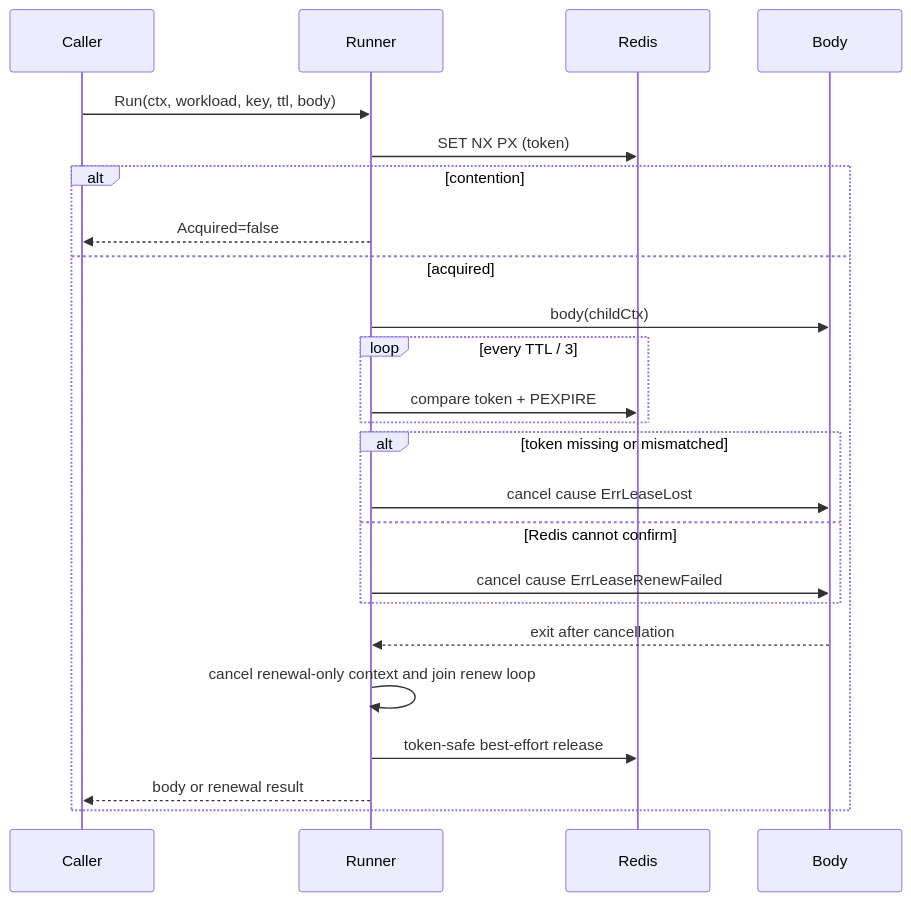
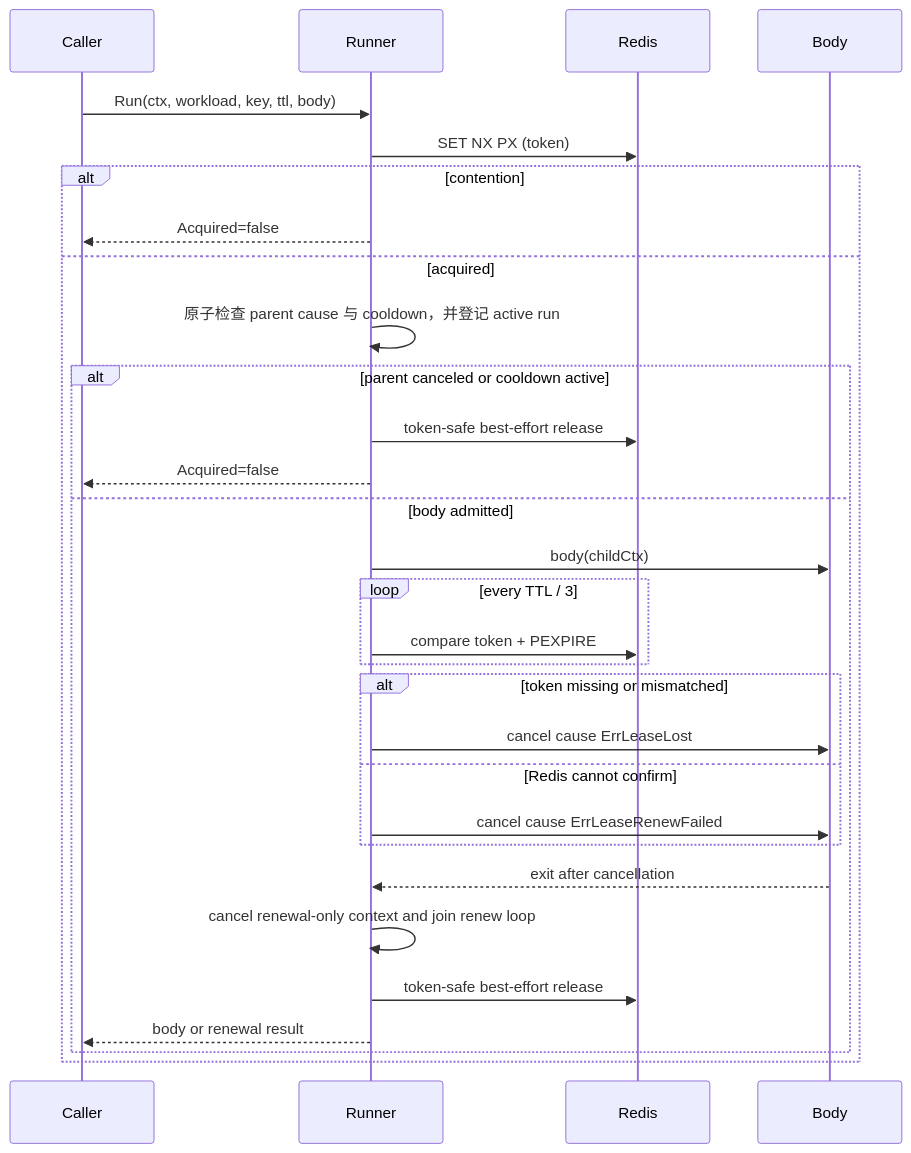
Before and after one commit to FangcunMount/qs-server: the diagram in docs/03-基础设施/concurrency/11-LockLease租约锁与续租治理.md, drawn with Mermaid. The commit also changed other lines of this file and 6 other files, not shown here.

````diff
--- a/docs/03-基础设施/concurrency/11-LockLease租约锁与续租治理.md
+++ b/docs/03-基础设施/concurrency/11-LockLease租约锁与续租治理.md
@@ -24,27 +24,33 @@
 ```mermaid
 sequenceDiagram
     participant Caller
     participant Runner
     participant Redis
     participant Body
 
     Caller->>Runner: Run(ctx, workload, key, ttl, body)
     Runner->>Redis: SET NX PX (token)
     alt contention
         Runner-->>Caller: Acquired=false
     else acquired
-        Runner->>Body: body(childCtx)
-        loop every TTL / 3
-            Runner->>Redis: compare token + PEXPIRE
+        Runner->>Runner: 原子检查 parent cause 与 cooldown，并登记 active run
+        alt parent canceled or cooldown active
+            Runner->>Redis: token-safe best-effort release
+            Runner-->>Caller: Acquired=false
+        else body admitted
+            Runner->>Body: body(childCtx)
+            loop every TTL / 3
+                Runner->>Redis: compare token + PEXPIRE
+            end
+            alt token missing or mismatched
+                Runner->>Body: cancel cause ErrLeaseLost
+            else Redis cannot confirm
+                Runner->>Body: cancel cause ErrLeaseRenewFailed
+            end
+            Body-->>Runner: exit after cancellation
+            Runner->>Runner: cancel renewal-only context and join renew loop
+            Runner->>Redis: token-safe best-effort release
+            Runner-->>Caller: body or renewal result
         end
-        alt token missing or mismatched
-            Runner->>Body: cancel cause ErrLeaseLost
-        else Redis cannot confirm
-            Runner->>Body: cancel cause ErrLeaseRenewFailed
-        end
-        Body-->>Runner: exit after cancellation
-        Runner->>Runner: cancel renewal-only context and join renew loop
-        Runner->>Redis: token-safe best-effort release
-        Runner-->>Caller: body or renewal result
     end
 ```
````
